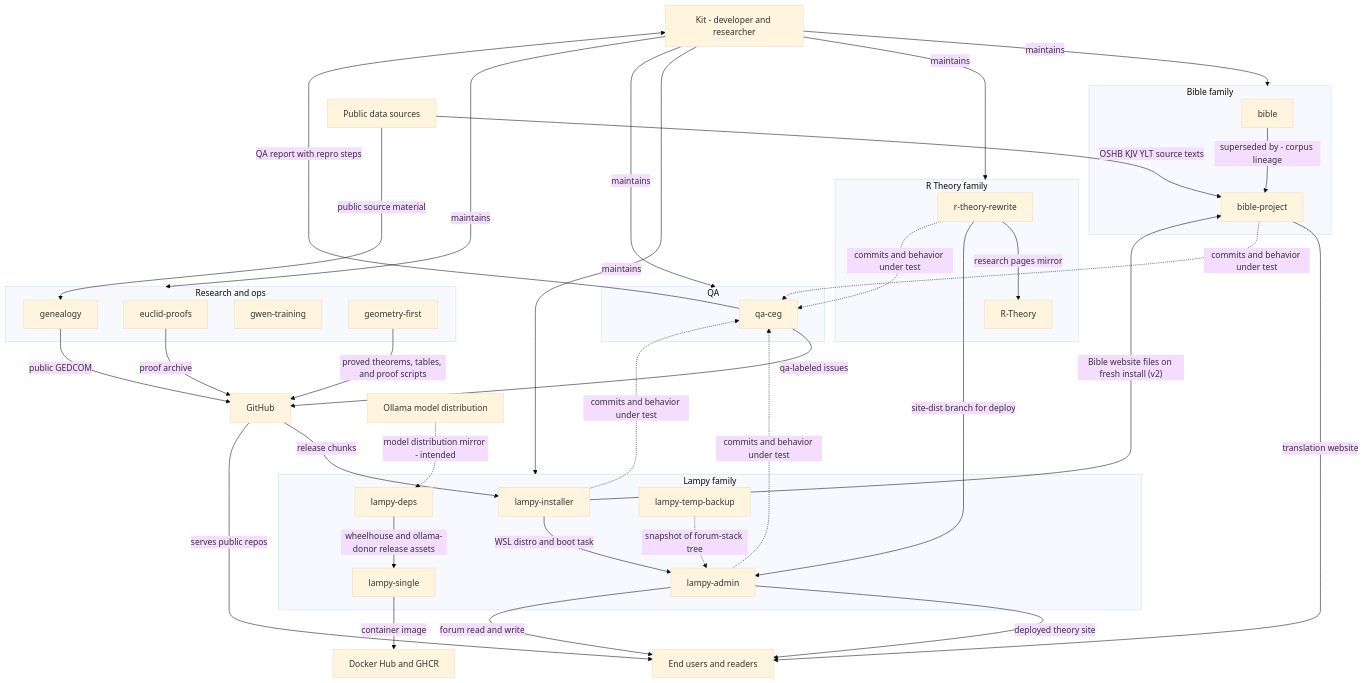
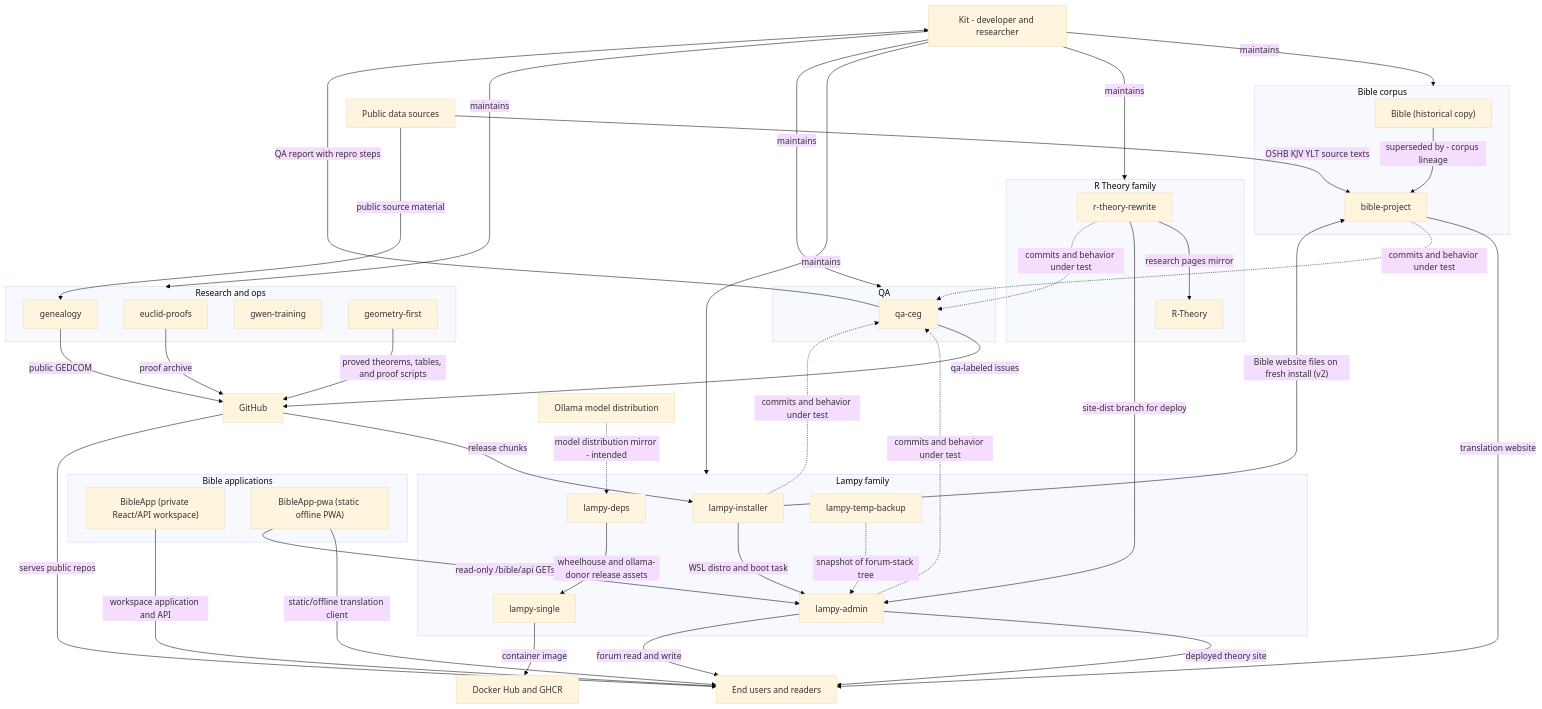
Before and after one commit to kitcosby/cosbykit-afk: the first of 2 diagrams in docs/system.md, drawn with Mermaid (base theme). The commit also changed other lines of this file and 1 other file, not shown here.

First line of the commit message:
Update app and backup architecture audit (#2)

````diff
--- a/docs/system.md
+++ b/docs/system.md
@@ -26,71 +28,78 @@
 ```mermaid
 flowchart TB
     Kit["Kit - developer and researcher"]
     Readers["End users and readers"]
     GH["GitHub"]
     DH["Docker Hub and GHCR"]
     SRC["Public data sources"]
     OLL["Ollama model distribution"]
 
-    subgraph BIBLEFAM["Bible family"]
-        bible["bible"]
+    subgraph BIBLEFAM["Bible corpus"]
+        bible["Bible (historical copy)"]
         bibleproj["bible-project"]
+    end
+    subgraph BIBLEAPPS["Bible applications"]
+        bibleapp["BibleApp (private React/API workspace)"]
+        byotpwa["BibleApp-pwa (static offline PWA)"]
     end
     subgraph RTFAM["R Theory family"]
         rtrewrite["r-theory-rewrite"]
         rtheory["R-Theory"]
     end
     subgraph LAMPYFAM["Lampy family"]
         installer["lampy-installer"]
         admin["lampy-admin"]
         single["lampy-single"]
         deps["lampy-deps"]
         tempbackup["lampy-temp-backup"]
     end
     subgraph QAFAM["QA"]
         qaceg["qa-ceg"]
     end
     subgraph RESFAM["Research and ops"]
         euclid["euclid-proofs"]
         genealogy["genealogy"]
         gwentrain["gwen-training"]
         geofirst["geometry-first"]
     end
 
     Kit -->|"maintains"| BIBLEFAM
     Kit -->|"maintains"| RTFAM
     Kit -->|"maintains"| LAMPYFAM
     Kit -->|"maintains"| QAFAM
     Kit -->|"maintains"| RESFAM
 
     SRC -->|"OSHB KJV YLT source texts"| bibleproj
     SRC -->|"public source material"| genealogy
 
     bible -->|"superseded by - corpus lineage"| bibleproj
     bibleproj -->|"translation website"| Readers
+    bibleapp -->|"workspace application and API"| Readers
+    byotpwa -->|"static/offline translation client"| Readers
+    byotpwa -->|"read-only /bible/api GETs"| admin
     installer -->|"Bible website files on fresh install (v2)"| bibleproj
     geofirst -->|"proved theorems, tables, and proof scripts"| GH
 
     rtrewrite -->|"research pages mirror"| rtheory
     rtrewrite -->|"site-dist branch for deploy"| admin
     admin -->|"deployed theory site"| Readers
     admin -->|"forum read and write"| Readers
 
     GH -->|"release chunks"| installer
     installer -->|"WSL distro and boot task"| admin
     single -->|"container image"| DH
     deps -->|"wheelhouse and ollama-donor release assets"| single
     OLL -.->|"model distribution mirror - intended"| deps
     tempbackup -.->|"snapshot of forum-stack tree"| admin
 
     qaceg -->|"qa-labeled issues"| GH
     qaceg -->|"QA report with repro steps"| Kit
     rtrewrite -.->|"commits and behavior under test"| qaceg
     bibleproj -.->|"commits and behavior under test"| qaceg
     admin -.->|"commits and behavior under test"| qaceg
     installer -.->|"commits and behavior under test"| qaceg
 
     euclid -->|"proof archive"| GH
     genealogy -->|"public GEDCOM"| GH
     GH -->|"serves public repos"| Readers
 ```
````
